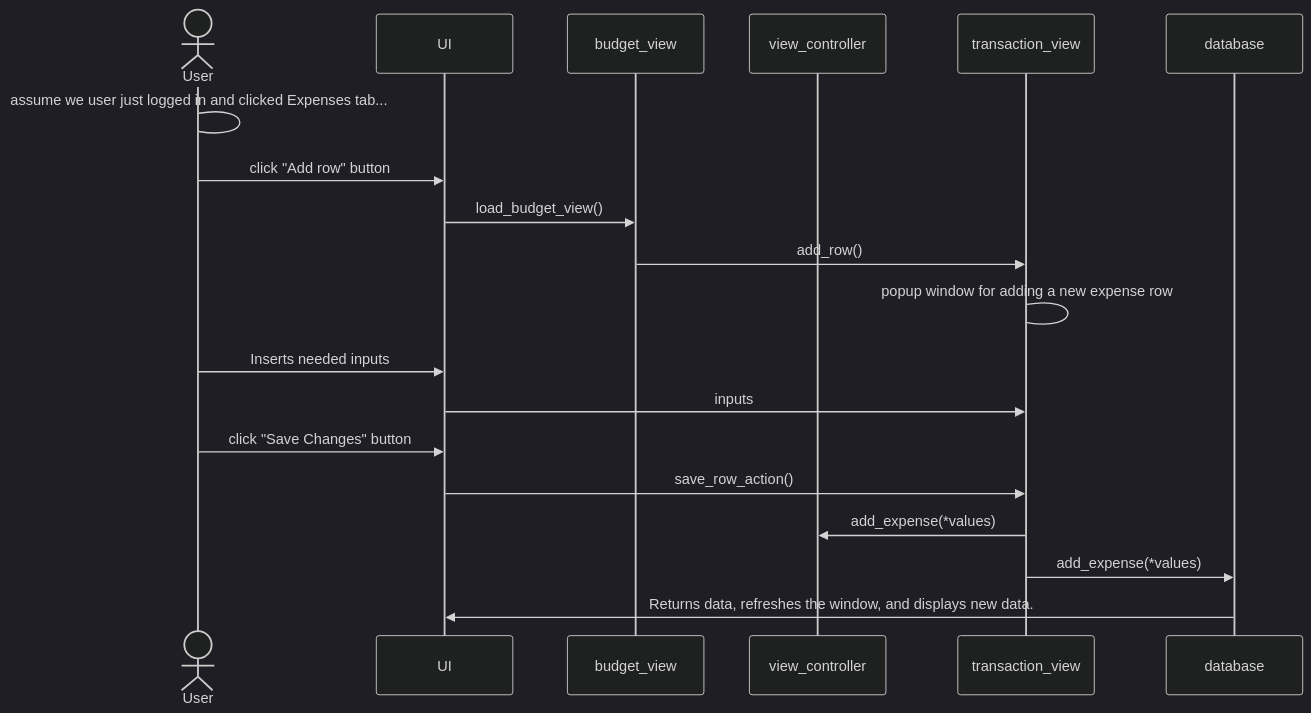
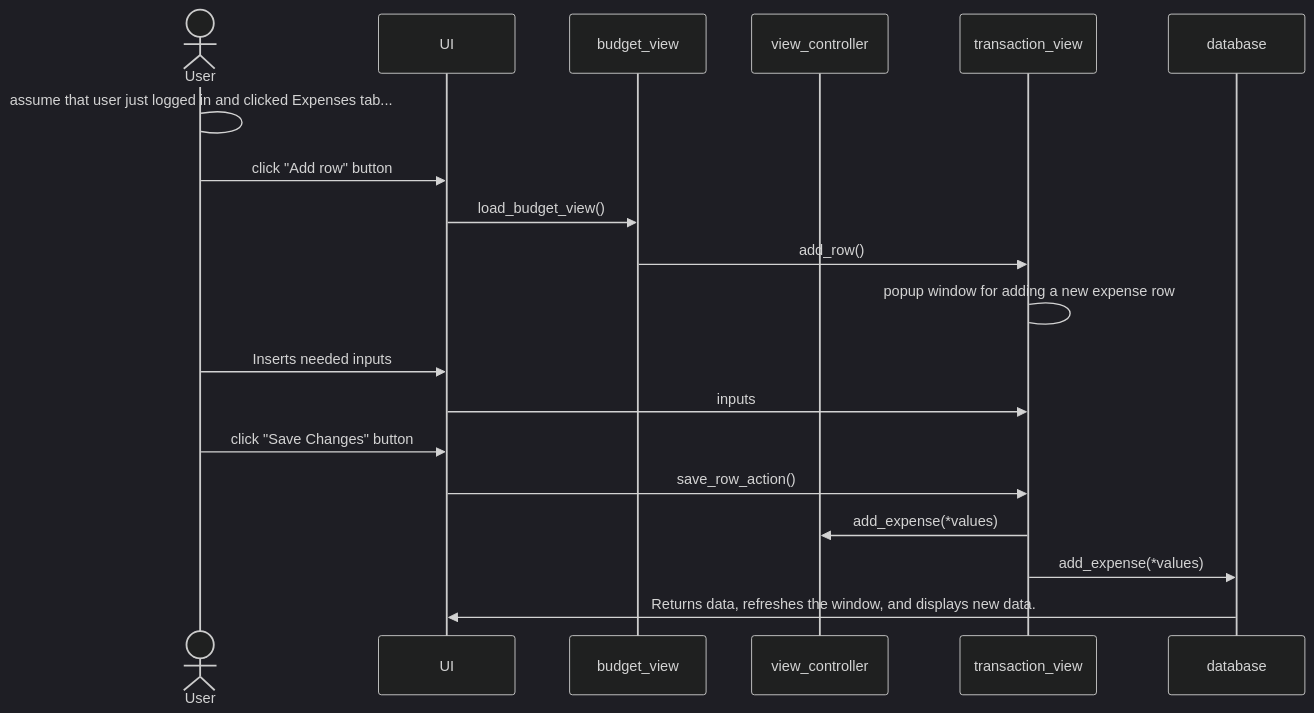
The fourth of 4 diagrams in BudgetApp/dokumentaatio/arkkitehtuuri.md (keranenkirill/OT-projekti), drawn with Mermaid (dark theme) before and after one commit.

````diff
--- a/BudgetApp/dokumentaatio/arkkitehtuuri.md
+++ b/BudgetApp/dokumentaatio/arkkitehtuuri.md
@@ -85,22 +85,22 @@
 ```mermaid
 sequenceDiagram
   actor User
   participant UI
   participant budget_view
   participant view_controller
   participant transaction_view
   participant database
   
-  User-> User: assume we user just logged in and clicked Expenses tab...
+  User-> User: assume that user just logged in and clicked Expenses tab...
   User->> UI: click "Add row" button
   UI->> budget_view: load_budget_view()
   budget_view->> transaction_view: add_row()
   transaction_view->transaction_view: popup window for adding a new expense row
   User->> UI: Inserts needed inputs
   UI->> transaction_view: inputs
   User->> UI: click "Save Changes" button
   UI->> transaction_view: save_row_action()
   transaction_view->> view_controller: add_expense(*values)
   transaction_view->> database: add_expense(*values)
   database->> UI: Returns data, refreshes the window, and displays new data.
 ```
````
